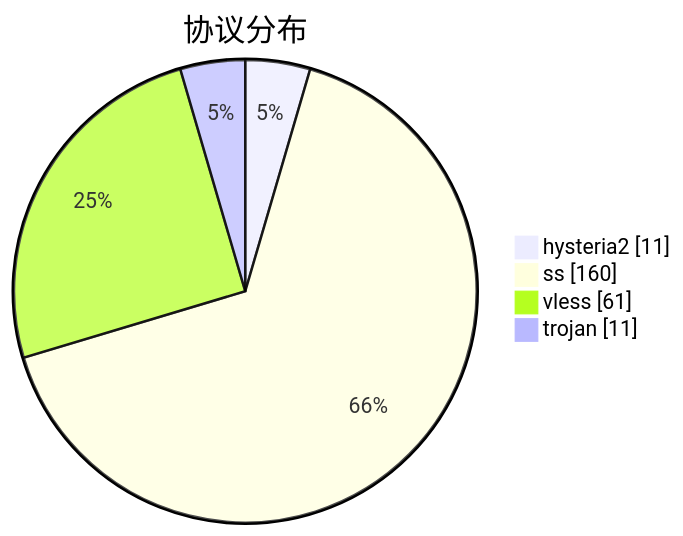
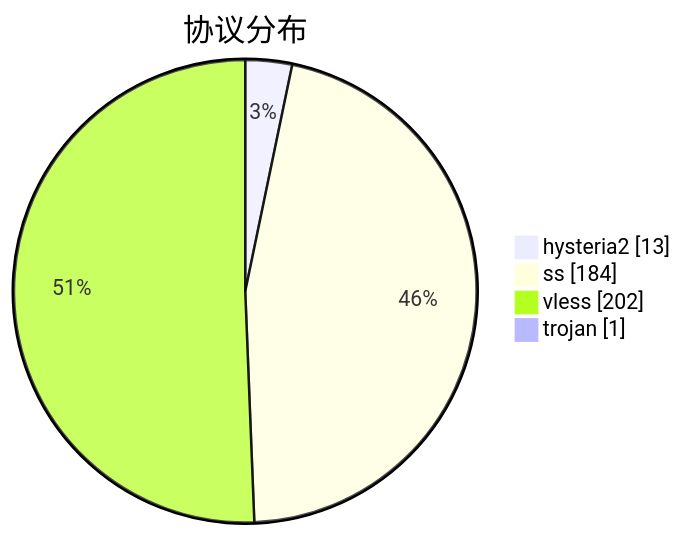
Before and after one commit to qjlxg/airport: the third of 3 diagrams in subs/statistics/tested_within.md, drawn with Mermaid. The commit also changed other lines of this file and 2 other files, not shown here.

````diff
--- a/subs/statistics/tested_within.md
+++ b/subs/statistics/tested_within.md
@@ -17,8 +18,8 @@
 ```mermaid
 pie showData
 title 协议分布
-"hysteria2" : 11
-"ss" : 160
-"vless" : 61
-"trojan" : 11
+"hysteria2" : 13
+"ss" : 184
+"vless" : 202
+"trojan" : 1
 ```
````
